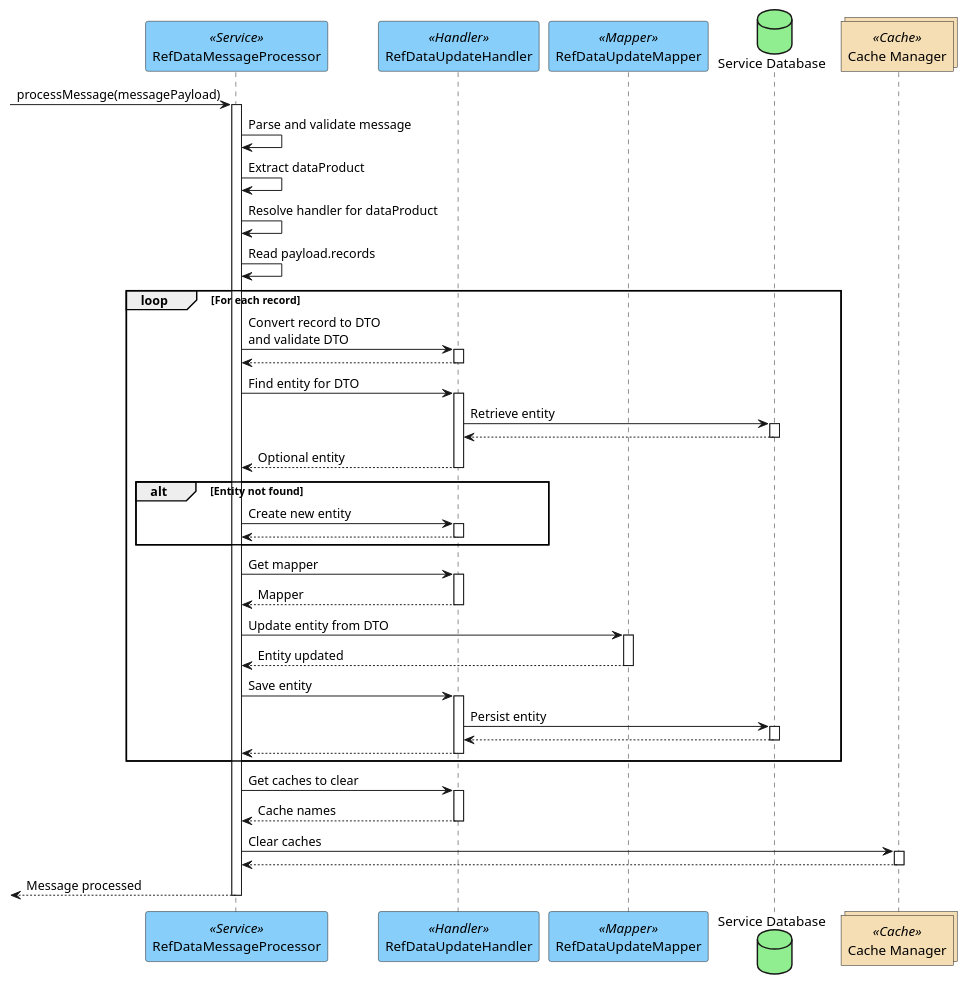
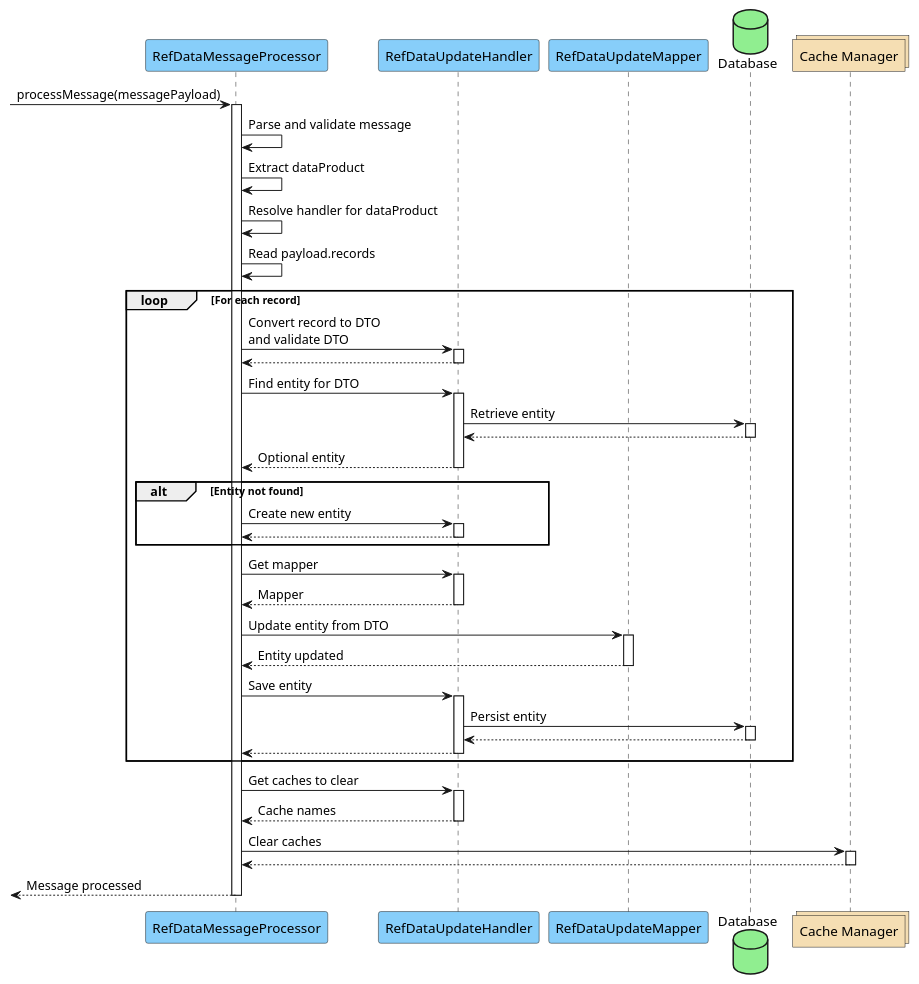
One commit to hmcts/opal-docs changed the diagram in plantUML/reference-data/processor_handler.puml. Above: the diagram before and after it, drawn with PlantUML.

Commit message:
process handler 02

```diff
--- a/plantUML/reference-data/processor_handler.puml
+++ b/plantUML/reference-data/processor_handler.puml
@@ -1,52 +1,52 @@
 @startuml
-participant "RefDataMessageProcessor" as processor <<Service>> #lightskyblue
-participant "RefDataUpdateHandler" as handler <<Handler>> #lightskyblue
-participant "RefDataUpdateMapper" as mapper <<Mapper>> #lightskyblue
-database "Service Database" as db #lightgreen
-collections "Cache Manager" as cacheManager <<Cache>> #wheat
+participant "RefDataMessageProcessor" as processor #lightskyblue
+participant "RefDataUpdateHandler" as handler #lightskyblue
+participant "RefDataUpdateMapper" as mapper #lightskyblue
+database "Database" as db #lightgreen
+collections "Cache Manager" as cacheManager #wheat
 
 -> processor ++ : processMessage(messagePayload)
 
 processor -> processor : Parse and validate message
 processor -> processor : Extract dataProduct
 processor -> processor : Resolve handler for dataProduct
 
 processor -> processor : Read payload.records
 
 loop For each record
     processor -> handler ++ : Convert record to DTO\nand validate DTO
     handler --> processor --
 
     processor -> handler ++ : Find entity for DTO
     handler -> db ++ : Retrieve entity
     db --> handler --
     handler --> processor -- : Optional entity
 
     alt Entity not found
         processor -> handler ++ : Create new entity
         handler --> processor --
     end
 
     processor -> handler ++ : Get mapper
     handler --> processor -- : Mapper
 
     processor -> mapper ++ : Update entity from DTO
     mapper --> processor -- : Entity updated
 
     processor -> handler ++ : Save entity
     handler -> db ++ : Persist entity
     db --> handler --
     handler --> processor --
 end
 
 processor -> handler ++ : Get caches to clear
 handler --> processor -- : Cache names
 
 processor -> cacheManager ++ : Clear caches
 cacheManager --> processor --
 
 <-- processor : Message processed
 
 deactivate processor
 
 @enduml
```
